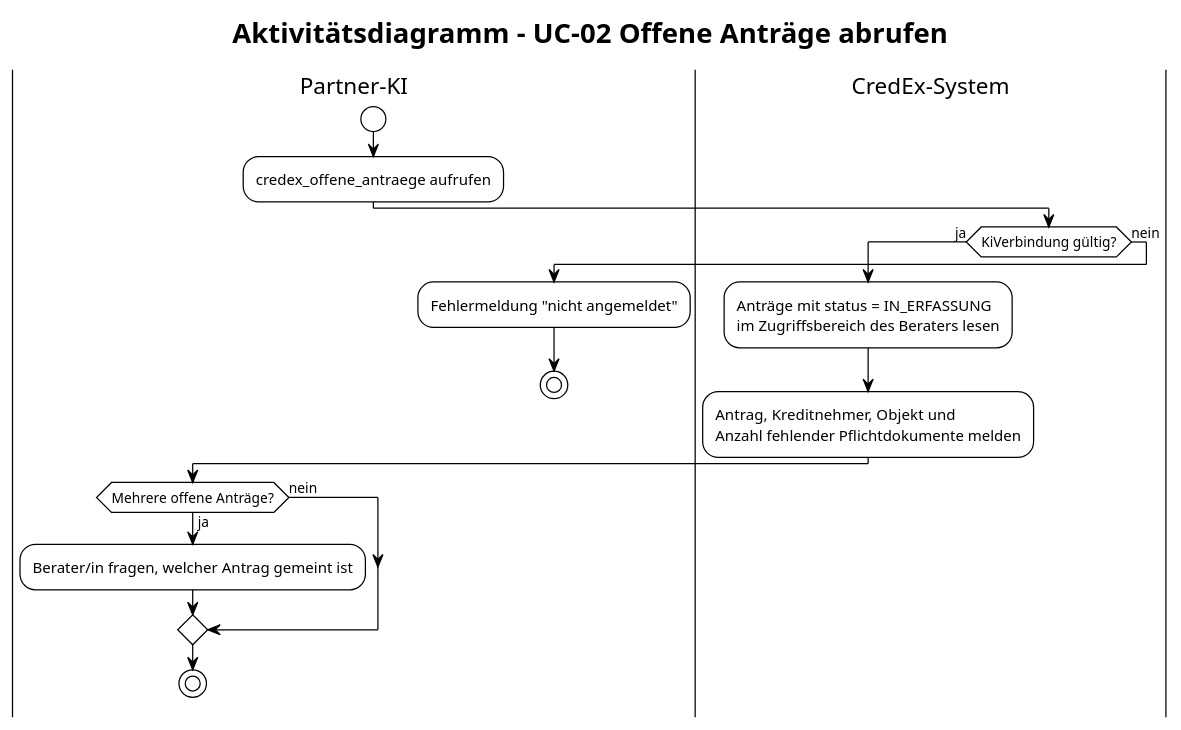
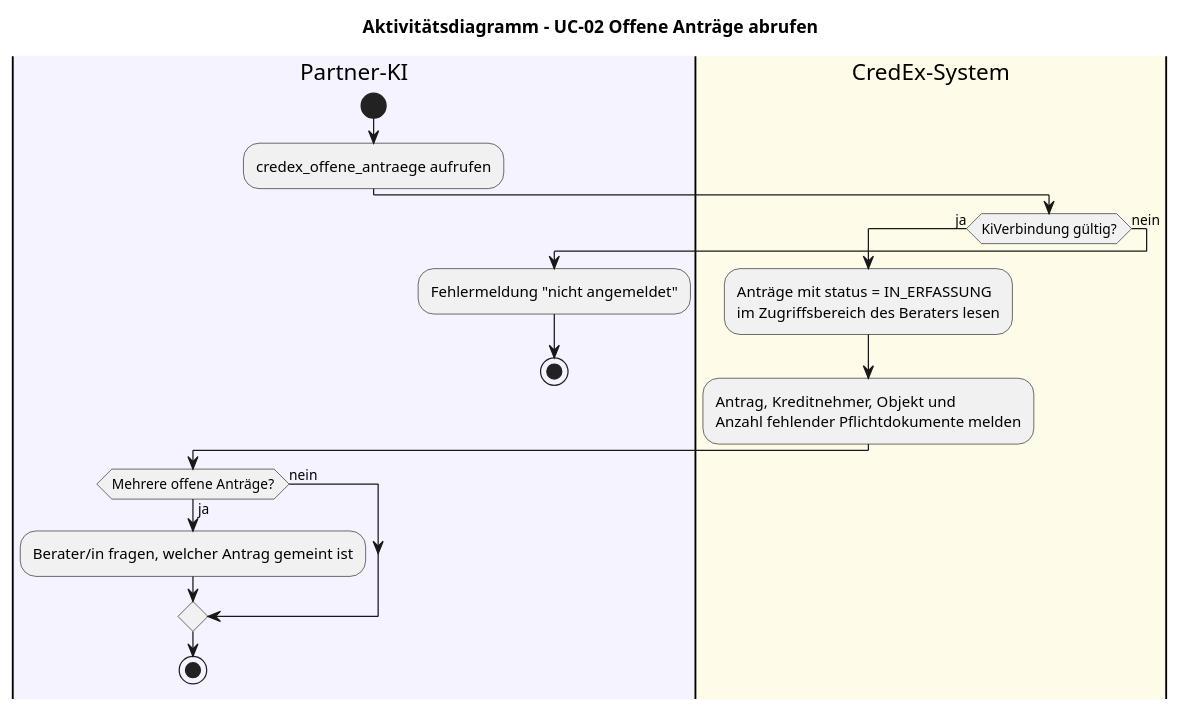
One commit to chocobear26/credex-cas changed the diagram in content/use_case/offene_antraege_abrufen/offeneAntraegeAbrufen.puml. Above: the diagram before and after it, drawn with PlantUML. The commit also changed 43 other files, not shown here.

First line of the commit message:
v1.1 Lesbarere Diagramme: PlantUML-Stil, Soll-Prozess als BPMN, Systemkontext in D2

```diff
--- a/content/use_case/offene_antraege_abrufen/offeneAntraegeAbrufen.puml
+++ b/content/use_case/offene_antraege_abrufen/offeneAntraegeAbrufen.puml
@@ -1,22 +1,21 @@
 @startuml offeneAntraegeAbrufen
-!theme plain
 title Aktivitätsdiagramm – UC-02 Offene Anträge abrufen
-|Partner-KI|
+|#F5F3FF|Partner-KI|
 start
 :credex_offene_antraege aufrufen;
-|CredEx-System|
+|#FEFCE8|CredEx-System|
 if (KiVerbindung gültig?) then (ja)
   :Anträge mit status = IN_ERFASSUNG\nim Zugriffsbereich des Beraters lesen;
   :Antrag, Kreditnehmer, Objekt und\nAnzahl fehlender Pflichtdokumente melden;
   |Partner-KI|
   if (Mehrere offene Anträge?) then (ja)
     :Berater/in fragen, welcher Antrag gemeint ist;
   else (nein)
   endif
   stop
 else (nein)
   :Fehlermeldung "nicht angemeldet";
   stop
 endif
 
 @enduml
```
